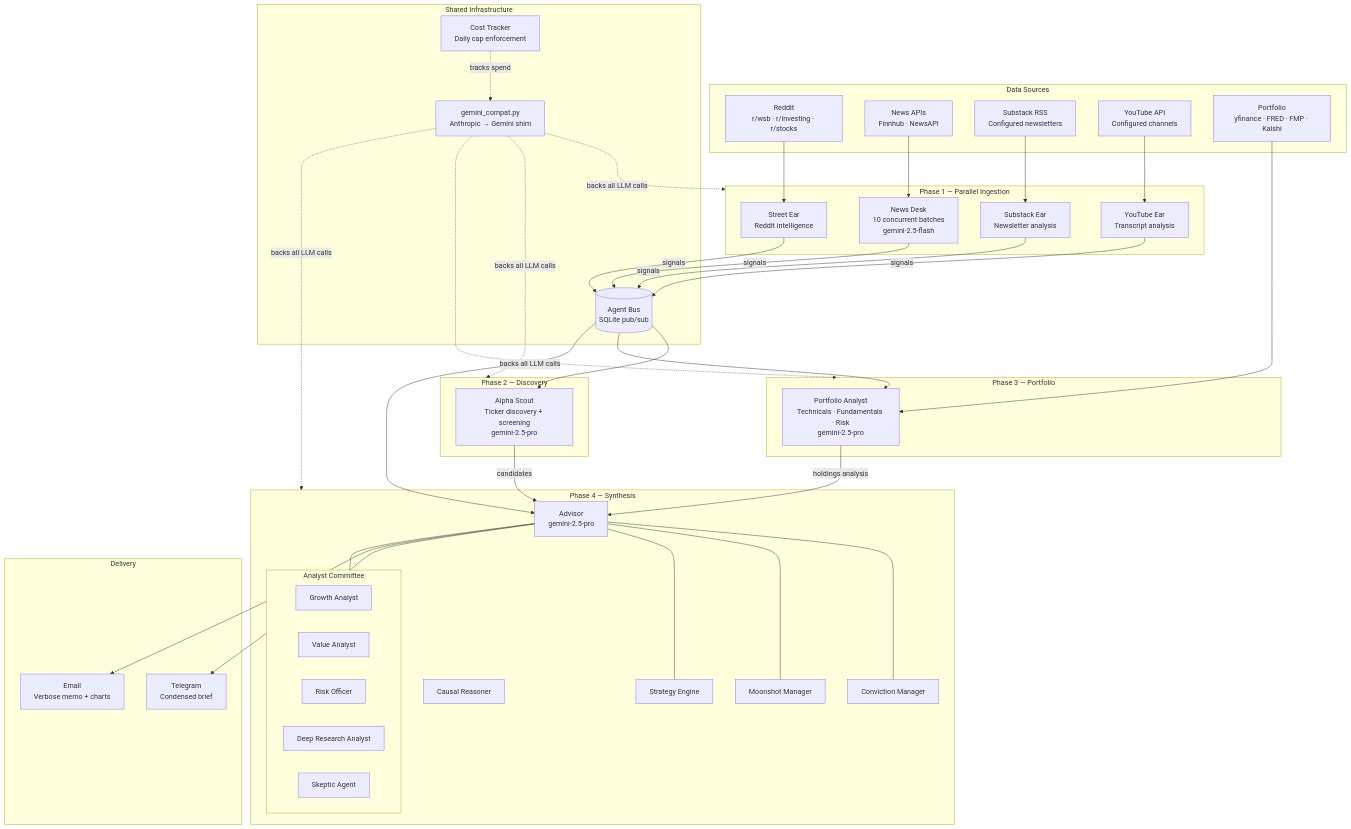
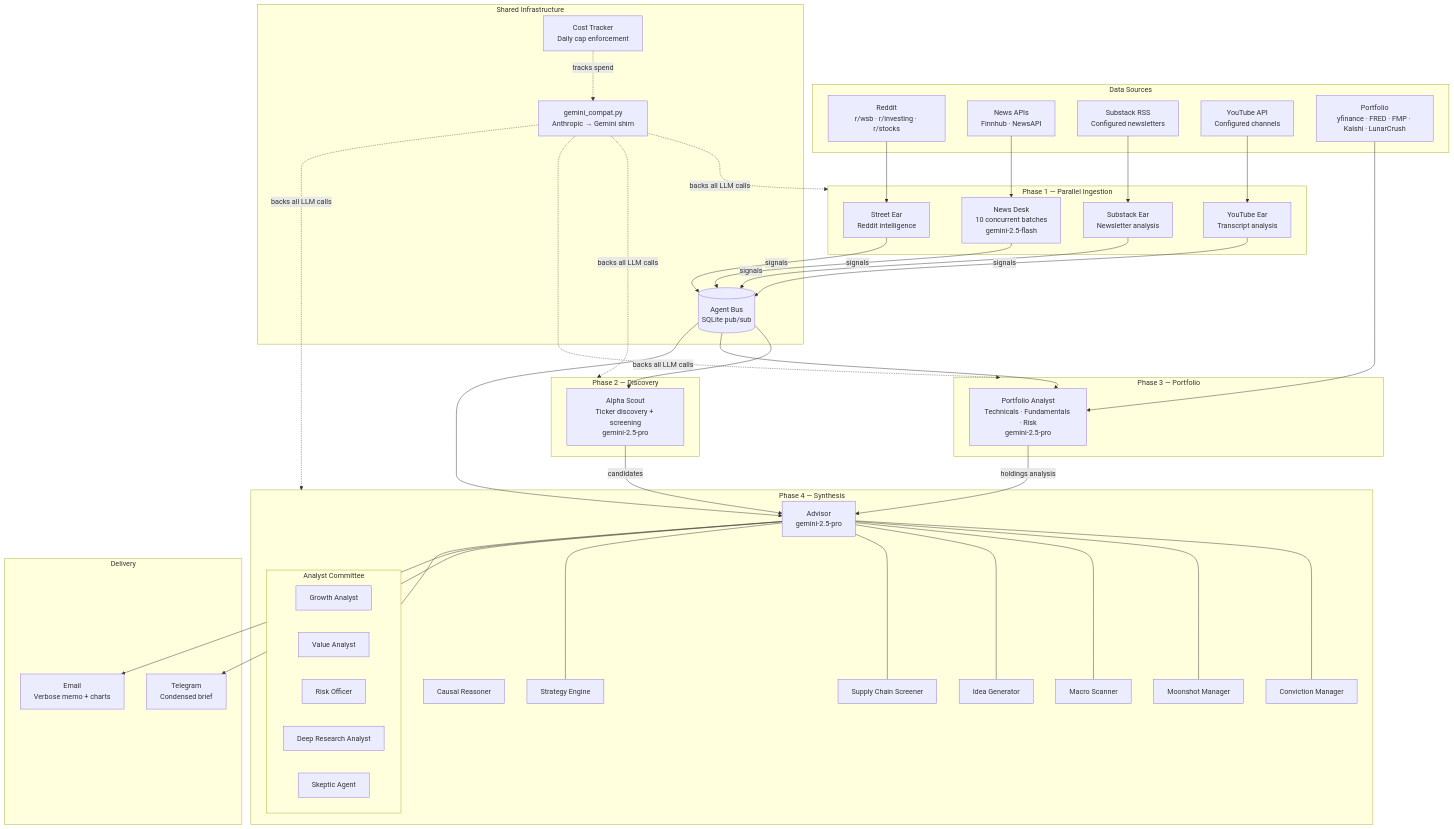
Before and after one commit to vikram-santhosh/alpha-desk: the diagram in README.md, drawn with Mermaid. The commit also changed other lines of this file and 21 other files, not shown here.

```diff
--- a/README.md
+++ b/README.md
@@ -13,7 +13,7 @@
         N["News APIs\nFinnhub · NewsAPI"]
         S["Substack RSS\nConfigured newsletters"]
         Y["YouTube API\nConfigured channels"]
-        PF["Portfolio\nyfinance · FRED · FMP · Kalshi"]
+        PF["Portfolio\nyfinance · FRED · FMP · Kalshi · LunarCrush"]
     end
 
     subgraph phase1["Phase 1 — Parallel Ingestion"]
@@ -43,6 +43,9 @@
         CR["Causal Reasoner"]
         CM["Conviction Manager"]
         MM["Moonshot Manager"]
+        MS["Macro Scanner"]
+        IG["Idea Generator"]
+        SC["Supply Chain Screener"]
         ST["Strategy Engine"]
     end
 
@@ -78,6 +81,9 @@
     AD --- committee
     AD --- CM
     AD --- MM
+    AD --- MS
+    AD --- IG
+    AD --- SC
     AD --- ST
 
     AD --> TG
```
